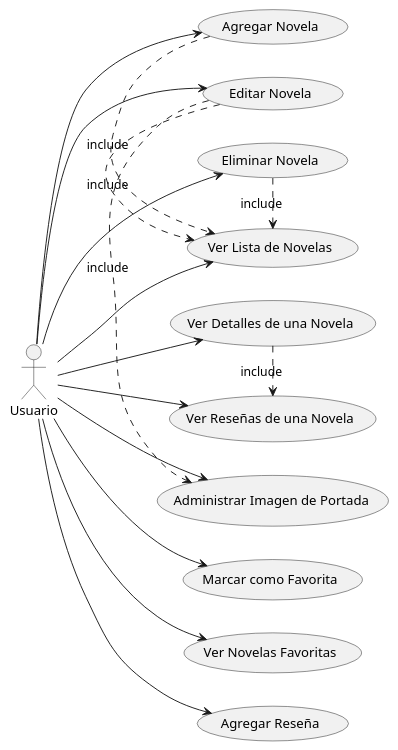
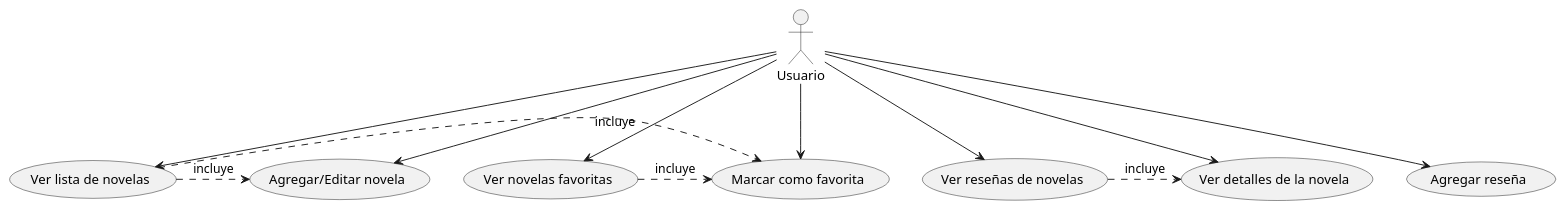
The diagram in app/src/main/java/uml/UMLCasosDeUsoNovelas.puml (Jaime1999l/PDE_Aplicacion_Gestion_Novelas_Segundo_Plano_Jaime_Lopez_Diaz), drawn with PlantUML before and after one commit. The commit also changed 1 other file, not shown here.

```diff
--- a/app/src/main/java/uml/UMLCasosDeUsoNovelas.puml
+++ b/app/src/main/java/uml/UMLCasosDeUsoNovelas.puml
@@ -1,33 +1,24 @@
 @startuml
-left to right direction
 actor Usuario
 
-usecase "Agregar Novela" as UC1
-usecase "Editar Novela" as UC2
-usecase "Eliminar Novela" as UC3
-usecase "Ver Lista de Novelas" as UC4
-usecase "Ver Detalles de una Novela" as UC5
-usecase "Marcar como Favorita" as UC6
-usecase "Ver Novelas Favoritas" as UC7
-usecase "Agregar Reseña" as UC8
-usecase "Ver Reseñas de una Novela" as UC9
-usecase "Administrar Imagen de Portada" as UC10
+usecase "Ver lista de novelas" as UC1
+usecase "Agregar/Editar novela" as UC2
+usecase "Marcar como favorita" as UC3
+usecase "Ver novelas favoritas" as UC4
+usecase "Ver reseñas de novelas" as UC5
+usecase "Agregar reseña" as UC6
+usecase "Ver detalles de la novela" as UC7
 
 Usuario --> UC1
 Usuario --> UC2
 Usuario --> UC3
 Usuario --> UC4
 Usuario --> UC5
 Usuario --> UC6
 Usuario --> UC7
-Usuario --> UC8
-Usuario --> UC9
-Usuario --> UC10
 
-UC1 .> UC4 : include
-UC2 .> UC4 : include
-UC3 .> UC4 : include
-UC5 .> UC9 : include
-UC2 .> UC10 : include
-
+UC1 .> UC2 : incluye
+UC1 .> UC3 : incluye
+UC4 .> UC3 : incluye
+UC5 .> UC7 : incluye
 @enduml
```
